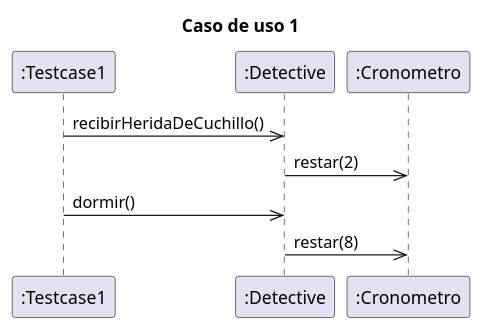
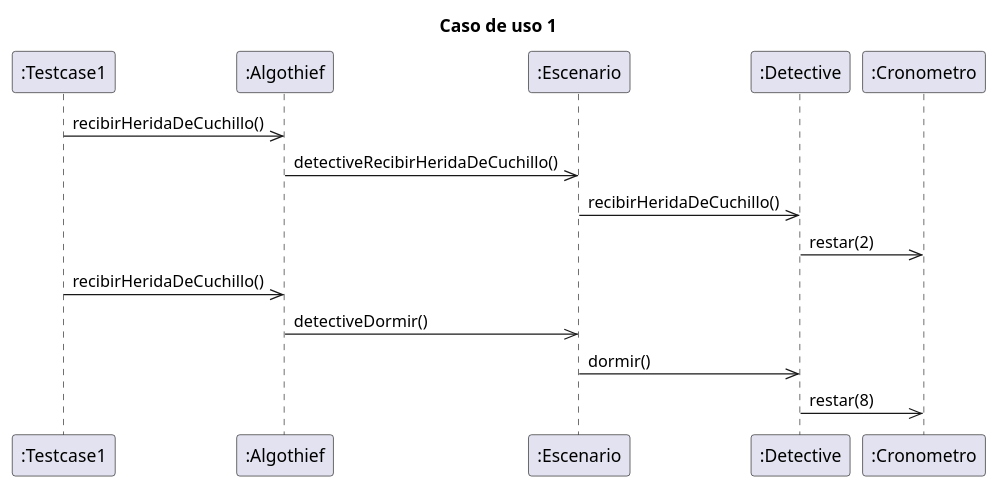
One commit to MegaRedHand/algo-thief changed the diagram in diagrams/sequences/secuencia_entrega2_testcase01.plantuml. Above: the diagram before and after it, drawn with PlantUML.

Commit message:
modifico diagrama de secuencia testcase1 de la entrega 2

```diff
--- a/diagrams/sequences/secuencia_entrega2_testcase01.plantuml
+++ b/diagrams/sequences/secuencia_entrega2_testcase01.plantuml
@@ -1,15 +1,22 @@
 @startuml
 
 title "Caso de uso 1"
 
 participant ":Testcase1" as testcase
+participant ":Algothief" as algothief
+participant ":Escenario" as escenario
 participant ":Detective" as detective
 participant ":Cronometro" as cronometro
 
 
-testcase ->> detective: recibirHeridaDeCuchillo()
+testcase ->> algothief: recibirHeridaDeCuchillo()
+algothief ->> escenario: detectiveRecibirHeridaDeCuchillo()
+escenario ->> detective: recibirHeridaDeCuchillo()
 detective ->>cronometro:restar(2)
 
-testcase ->> detective:dormir()
+testcase ->> algothief: recibirHeridaDeCuchillo()
+algothief ->> escenario: detectiveDormir()
+escenario ->> detective:dormir()
 detective ->> cronometro: restar(8)
+
 @enduml
```
